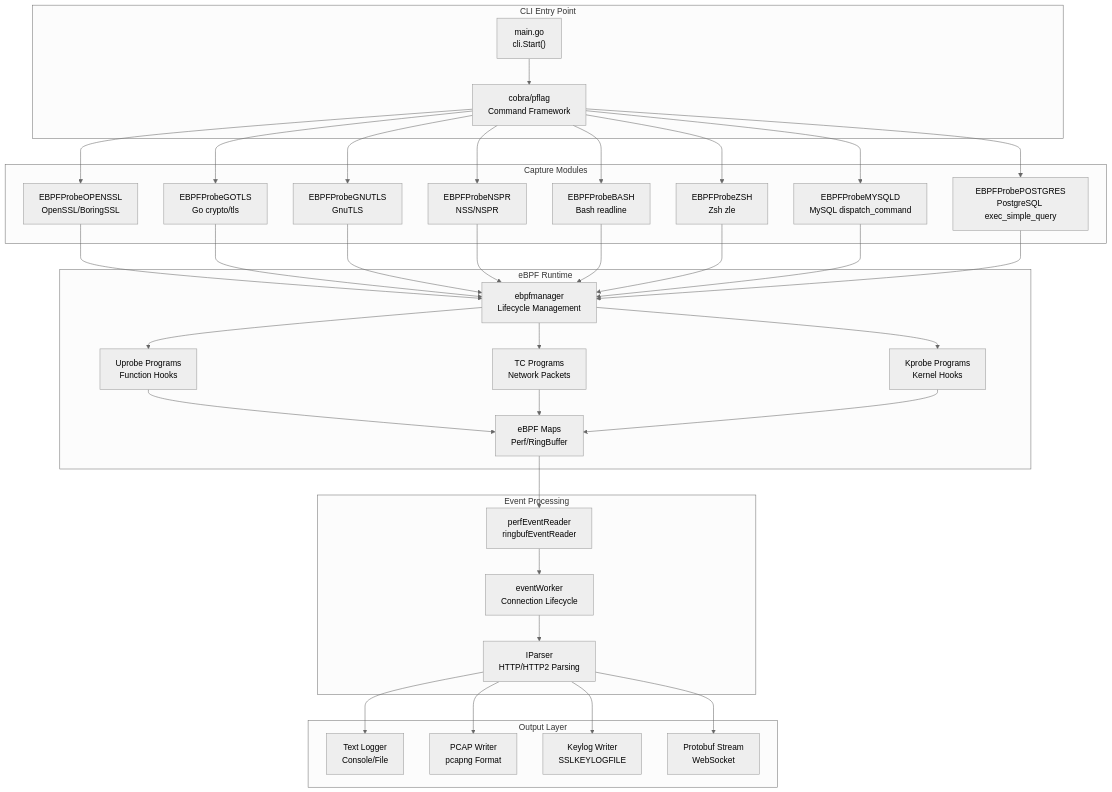
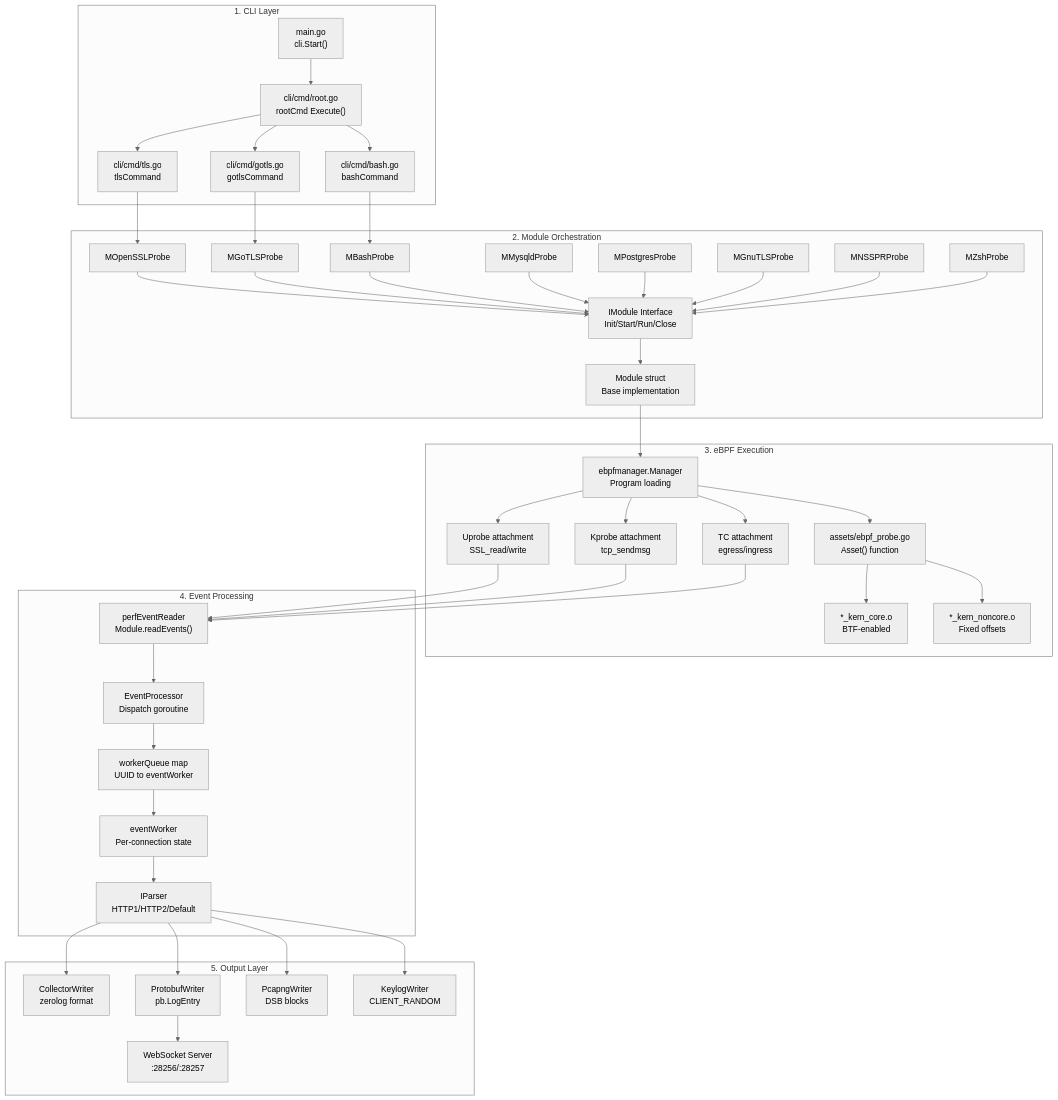
The first of 5 diagrams in src/en/1-overview/index.md (gojue/ecapture.cc), drawn with Mermaid (neutral theme) before and after one commit. The commit also changed other lines of this file and 115 other files, not shown here.

````diff
--- a/src/en/1-overview/index.md
+++ b/src/en/1-overview/index.md
@@ -61,75 +74,94 @@
 ```mermaid
 graph TB
-    subgraph CLI["CLI Entry Point"]
-        main["main.go<br/>cli.Start()"]
-        cobra["cobra/pflag<br/>Command Framework"]
+    subgraph CLI["1. CLI Layer"]
+        Main["main.go<br/>cli.Start()"]
+        RootCmd["cli/cmd/root.go<br/>rootCmd Execute()"]
+        TLSCmd["cli/cmd/tls.go<br/>tlsCommand"]
+        GoTLSCmd["cli/cmd/gotls.go<br/>gotlsCommand"]
+        BashCmd["cli/cmd/bash.go<br/>bashCommand"]
     end
     
-    subgraph Modules["Capture Modules"]
-        tls["EBPFProbeOPENSSL<br/>OpenSSL/BoringSSL"]
-        gotls["EBPFProbeGOTLS<br/>Go crypto/tls"]
-        gnutls["EBPFProbeGNUTLS<br/>GnuTLS"]
-        nspr["EBPFProbeNSPR<br/>NSS/NSPR"]
-        bash["EBPFProbeBASH<br/>Bash readline"]
-        zsh["EBPFProbeZSH<br/>Zsh zle"]
-        mysql["EBPFProbeMYSQLD<br/>MySQL dispatch_command"]
-        postgres["EBPFProbePOSTGRES<br/>PostgreSQL exec_simple_query"]
+    subgraph ModOrch["2. Module Orchestration"]
+        IModule["IModule Interface<br/>Init/Start/Run/Close"]
+        BaseModule["Module struct<br/>Base implementation"]
+        OpenSSLProbe["MOpenSSLProbe"]
+        GoTLSProbe["MGoTLSProbe"]
+        BashProbe["MBashProbe"]
+        MysqldProbe["MMysqldProbe"]
+        PostgresProbe["MPostgresProbe"]
+        GnuTLSProbe["MGnuTLSProbe"]
+        NSSProbe["MNSSPRProbe"]
+        ZshProbe["MZshProbe"]
     end
     
-    subgraph eBPF["eBPF Runtime"]
-        manager["ebpfmanager<br/>Lifecycle Management"]
-        uprobe["Uprobe Programs<br/>Function Hooks"]
-        tc["TC Programs<br/>Network Packets"]
-        kprobe["Kprobe Programs<br/>Kernel Hooks"]
-        maps["eBPF Maps<br/>Perf/RingBuffer"]
+    subgraph eBPFExec["3. eBPF Execution"]
+        Manager["ebpfmanager.Manager<br/>Program loading"]
+        BytecodeAssets["assets/ebpf_probe.go<br/>Asset() function"]
+        CoreBC["*_kern_core.o<br/>BTF-enabled"]
+        NonCoreBC["*_kern_noncore.o<br/>Fixed offsets"]
+        Uprobes["Uprobe attachment<br/>SSL_read/write"]
+        Kprobes["Kprobe attachment<br/>tcp_sendmsg"]
+        TC["TC attachment<br/>egress/ingress"]
     end
     
-    subgraph Events["Event Processing"]
-        reader["perfEventReader<br/>ringbufEventReader"]
-        worker["eventWorker<br/>Connection Lifecycle"]
-        parser["IParser<br/>HTTP/HTTP2 Parsing"]
+    subgraph EventProc["4. Event Processing"]
+        PerfReader["perfEventReader<br/>Module.readEvents()"]
+        EventProcessor["EventProcessor<br/>Dispatch goroutine"]
+        WorkerQueue["workerQueue map<br/>UUID to eventWorker"]
+        EventWorker["eventWorker<br/>Per-connection state"]
+        Parsers["IParser<br/>HTTP1/HTTP2/Default"]
     end
     
-    subgraph Output["Output Layer"]
-        text["Text Logger<br/>Console/File"]
-        pcap["PCAP Writer<br/>pcapng Format"]
-        keylog["Keylog Writer<br/>SSLKEYLOGFILE"]
-        proto["Protobuf Stream<br/>WebSocket"]
+    subgraph Output["5. Output Layer"]
+        CollectorWriter["CollectorWriter<br/>zerolog format"]
+        ProtobufWriter["ProtobufWriter<br/>pb.LogEntry"]
+        PcapngWriter["PcapngWriter<br/>DSB blocks"]
+        KeylogWriter["KeylogWriter<br/>CLIENT_RANDOM"]
+        WebSocket["WebSocket Server<br/>:28256/:28257"]
     end
     
-    main --> cobra
-    cobra --> tls
-    cobra --> gotls
-    cobra --> gnutls
-    cobra --> nspr
-    cobra --> bash
-    cobra --> zsh
-    cobra --> mysql
-    cobra --> postgres
+    Main --> RootCmd
+    RootCmd --> TLSCmd
+    RootCmd --> GoTLSCmd
+    RootCmd --> BashCmd
     
-    tls --> manager
-    gotls --> manager
-    gnutls --> manager
-    nspr --> manager
-    bash --> manager
-    zsh --> manager
-    mysql --> manager
-    postgres --> manager
+    TLSCmd --> OpenSSLProbe
+    GoTLSCmd --> GoTLSProbe
+    BashCmd --> BashProbe
     
-    manager --> uprobe
-    manager --> tc
-    manager --> kprobe
+    OpenSSLProbe --> IModule
+    GoTLSProbe --> IModule
+    BashProbe --> IModule
+    MysqldProbe --> IModule
+    PostgresProbe --> IModule
+    GnuTLSProbe --> IModule
+    NSSProbe --> IModule
+    ZshProbe --> IModule
     
-    uprobe --> maps
-    tc --> maps
-    kprobe --> maps
+    IModule --> BaseModule
     
-    maps --> reader
-    reader --> worker
-    worker --> parser
+    BaseModule --> Manager
+    Manager --> BytecodeAssets
+    BytecodeAssets --> CoreBC
+    BytecodeAssets --> NonCoreBC
     
-    parser --> text
-    parser --> pcap
-    parser --> keylog
-    parser --> proto
+    Manager --> Uprobes
+    Manager --> Kprobes
+    Manager --> TC
+    
+    Uprobes --> PerfReader
+    Kprobes --> PerfReader
+    TC --> PerfReader
+    
+    PerfReader --> EventProcessor
+    EventProcessor --> WorkerQueue
+    WorkerQueue --> EventWorker
+    EventWorker --> Parsers
+    
+    Parsers --> CollectorWriter
+    Parsers --> ProtobufWriter
+    Parsers --> PcapngWriter
+    Parsers --> KeylogWriter
+    
+    ProtobufWriter --> WebSocket
 ```
````
